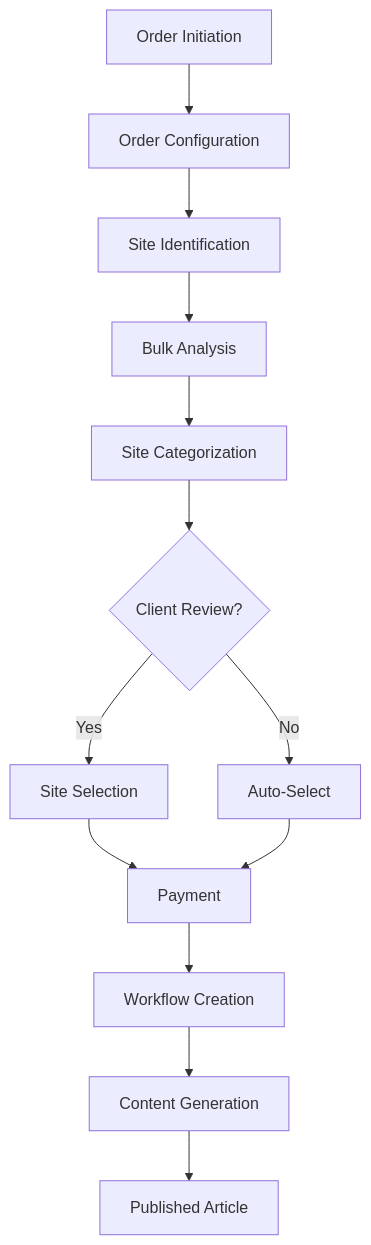
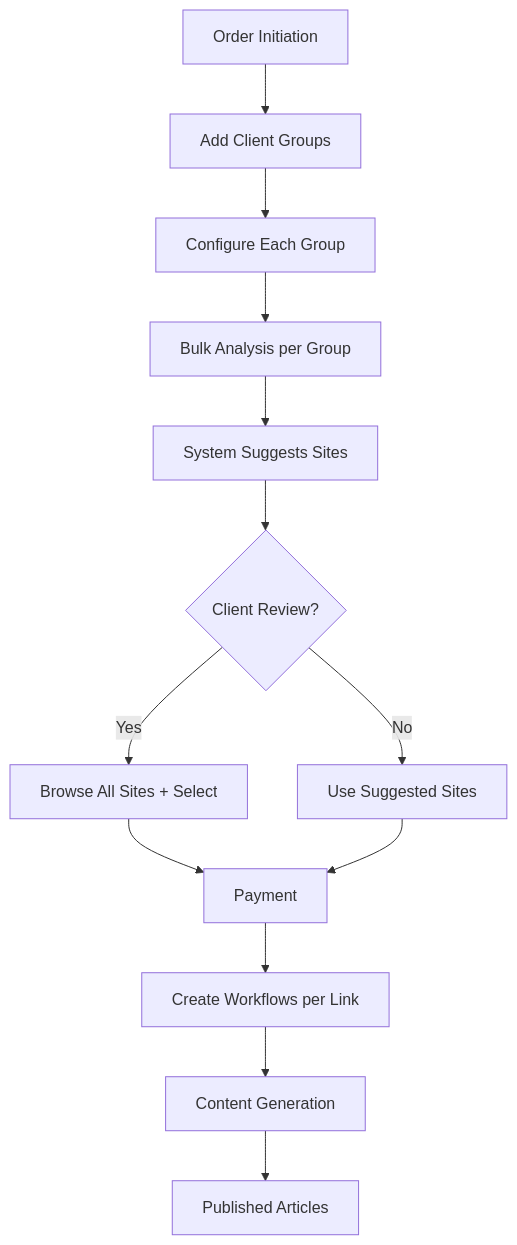
Before and after one commit to ajaypag/guest-post-workflow: the diagram in docs/architecture/ORDER_FLOW_VISIBILITY.md, drawn with Mermaid. The commit also changed other lines of this file and 2 other files, not shown here.

First line of the commit message:
feat: Revise architecture for multi-client orders and flexible site review

````diff
--- a/docs/architecture/ORDER_FLOW_VISIBILITY.md
+++ b/docs/architecture/ORDER_FLOW_VISIBILITY.md
@@ -5,15 +5,15 @@
 ```mermaid
 graph TD
-    A[Order Initiation] --> B[Order Configuration]
-    B --> C[Site Identification]
-    C --> D[Bulk Analysis]
-    D --> E[Site Categorization]
+    A[Order Initiation] --> B[Add Client Groups]
+    B --> C[Configure Each Group]
+    C --> D[Bulk Analysis per Group]
+    D --> E[System Suggests Sites]
     E --> F{Client Review?}
-    F -->|Yes| G[Site Selection]
-    F -->|No| H[Auto-Select]
+    F -->|Yes| G[Browse All Sites + Select]
+    F -->|No| H[Use Suggested Sites]
     G --> I[Payment]
     H --> I
-    I --> J[Workflow Creation]
+    I --> J[Create Workflows per Link]
     J --> K[Content Generation]
-    K --> L[Published Article]
+    K --> L[Published Articles]
 ```
````
